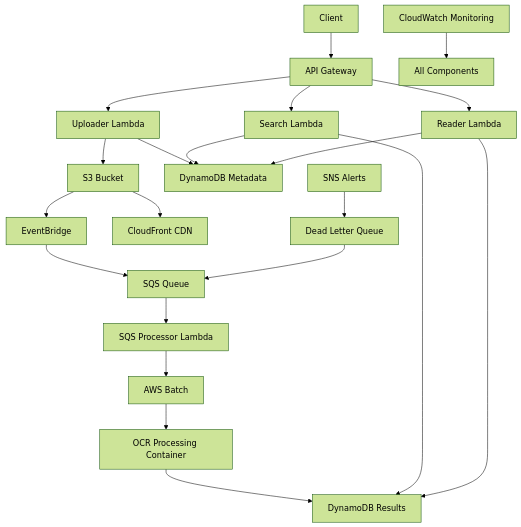
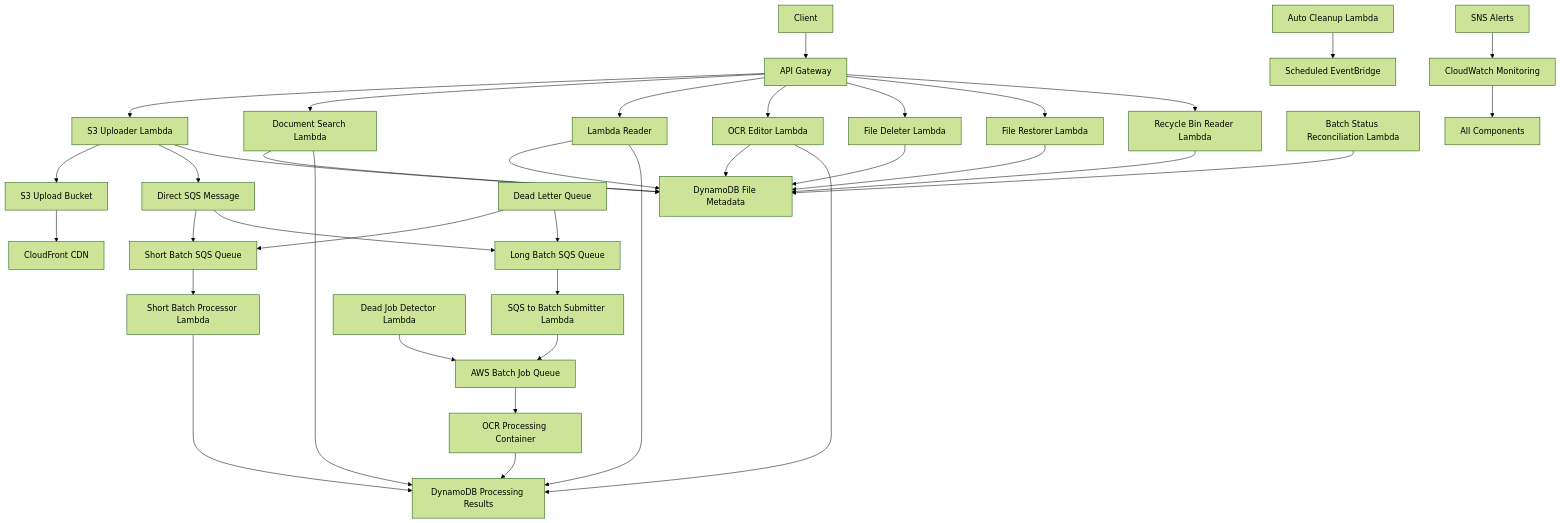
The diagram in README.md (CaringalML/OCR-Processing-Pipeline-Using-AWS-Batch-Serverless-Architecture-), drawn with Mermaid (forest theme) before and after one commit. The commit also changed other lines of this file and 3005 other files, not shown here.

````diff
--- a/README.md
+++ b/README.md
@@ -12,27 +12,44 @@
 ```mermaid
 graph TD
     A[Client] --> B[API Gateway]
-    B --> C[Uploader Lambda]
-    B --> D[Search Lambda]
-    B --> E[Reader Lambda]
+    B --> C[S3 Uploader Lambda]
+    B --> D[Document Search Lambda] 
+    B --> E[Lambda Reader]
+    B --> F[OCR Editor Lambda]
+    B --> G[File Deleter Lambda]
+    B --> H[File Restorer Lambda]
+    B --> I[Recycle Bin Reader Lambda]
     
-    C --> F[S3 Bucket]
-    F --> G[EventBridge]
-    G --> H[SQS Queue]
-    H --> I[SQS Processor Lambda]
-    I --> J[AWS Batch]
-    J --> K[OCR Processing Container]
+    C --> J[S3 Upload Bucket]
+    C --> K[Direct SQS Message]
+    K --> L[Short Batch SQS Queue]
+    K --> M[Long Batch SQS Queue]
     
-    C --> L[DynamoDB Metadata]
-    K --> M[DynamoDB Results]
-    D --> L
-    D --> M
-    E --> L
-    E --> M
+    L --> N[Short Batch Processor Lambda]
+    M --> O[SQS to Batch Submitter Lambda]
+    O --> P[AWS Batch Job Queue]
+    P --> Q[OCR Processing Container]
     
-    F --> N[CloudFront CDN]
+    C --> R[DynamoDB File Metadata]
+    N --> S[DynamoDB Processing Results]
+    Q --> S
+    D --> R
+    D --> S
+    E --> R
+    E --> S
+    F --> R
+    F --> S
+    G --> R
+    H --> R
+    I --> R
     
-    O[Dead Letter Queue] --> H
-    P[SNS Alerts] --> O
-    Q[CloudWatch Monitoring] --> R[All Components]
+    J --> T[CloudFront CDN]
+    
+    U[Dead Letter Queue] --> L
+    U --> M
+    V[Batch Status Reconciliation Lambda] --> R
+    W[Dead Job Detector Lambda] --> P
+    X[Auto Cleanup Lambda] --> Y[Scheduled EventBridge]
+    Z[CloudWatch Monitoring] --> AA[All Components]
+    BB[SNS Alerts] --> Z
 ```
````
